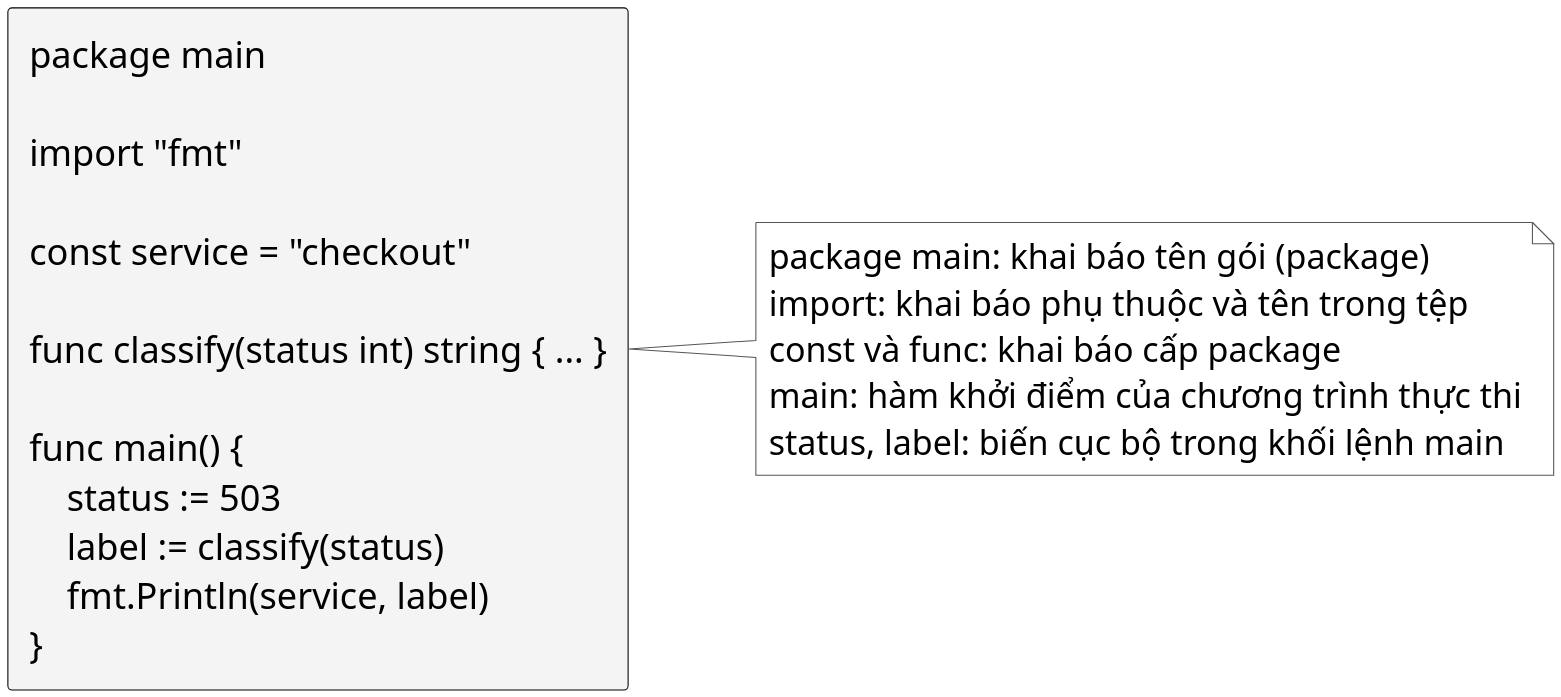
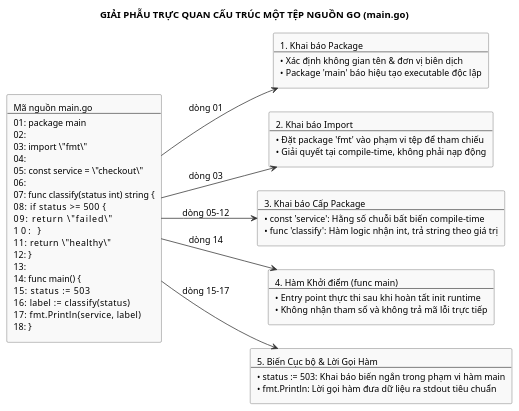
Before and after one commit to Minhlike/Golang: the diagram in assets/diagrams/go-source-anatomy.puml, drawn with PlantUML. The commit also changed 12 other files, not shown here.

```diff
--- a/assets/diagrams/go-source-anatomy.puml
+++ b/assets/diagrams/go-source-anatomy.puml
@@ -1,32 +1,39 @@
 @startuml
-skinparam dpi 300
 skinparam backgroundColor white
 skinparam shadowing false
-skinparam defaultFontName "JetBrains Mono"
-skinparam defaultFontSize 17
+skinparam defaultFontName "Source Sans 3"
+skinparam defaultFontSize 13
 skinparam defaultFontColor #000000
+
 skinparam rectangle {
-  BackgroundColor #F4F4F4
-  BorderColor #000000
+  BackgroundColor #F9F9F9
+  BorderColor #444444
   FontColor #000000
   RoundCorner 4
 }
-skinparam note {
-  BackgroundColor #FFFFFF
-  BorderColor #555555
-  FontName "Source Sans 3"
-  FontSize 16
-  FontColor #000000
-}
-skinparam arrowColor #000000
+
+skinparam arrowColor #333333
+skinparam ArrowThickness 1.1
+
+title GIẢI PHẪU TRỰC QUAN CẤU TRÚC MỘT TỆP NGUỒN GO (main.go)
+
 left to right direction
 
-rectangle "package main\n\nimport "fmt"\n\nconst service = "checkout"\n\nfunc classify(status int) string { ... }\n\nfunc main() {\n    status := 503\n    label := classify(status)\n    fmt.Println(service, label)\n}" as source
-note right of source
-  package main: khai báo tên gói (package)
-  import: khai báo phụ thuộc và tên trong tệp
-  const và func: khai báo cấp package
-  main: hàm khởi điểm của chương trình thực thi
-  status, label: biến cục bộ trong khối lệnh main
-end note
+rectangle "Mã nguồn main.go\n---\n01: package main\n02:\n03: import \"fmt\"\n04:\n05: const service = \"checkout\"\n06:\n07: func classify(status int) string {\n08:     if status >= 500 {\n09:         return \"failed\"\n10:     }\n11:     return \"healthy\"\n12: }\n13:\n14: func main() {\n15:     status := 503\n16:     label := classify(status)\n17:     fmt.Println(service, label)\n18: }" as code
+
+rectangle "1. Khai báo Package\n---\n• Xác định không gian tên & đơn vị biên dịch\n• Package 'main' báo hiệu tạo executable độc lập" as zone1
+
+rectangle "2. Khai báo Import\n---\n• Đặt package 'fmt' vào phạm vi tệp để tham chiếu\n• Giải quyết tại compile-time, không phải nạp động" as zone2
+
+rectangle "3. Khai báo Cấp Package\n---\n• const 'service': Hằng số chuỗi bất biến compile-time\n• func 'classify': Hàm logic nhận int, trả string theo giá trị" as zone3
+
+rectangle "4. Hàm Khởi điểm (func main)\n---\n• Entry point thực thi sau khi hoàn tất init runtime\n• Không nhận tham số và không trả mã lỗi trực tiếp" as zone4
+
+rectangle "5. Biến Cục bộ & Lời Gọi Hàm\n---\n• status := 503: Khai báo biến ngắn trong phạm vi hàm main\n• fmt.Println: Lời gọi hàm đưa dữ liệu ra stdout tiêu chuẩn" as zone5
+
+code --> zone1 : dòng 01
+code --> zone2 : dòng 03
+code --> zone3 : dòng 05-12
+code --> zone4 : dòng 14
+code --> zone5 : dòng 15-17
 @enduml
```
